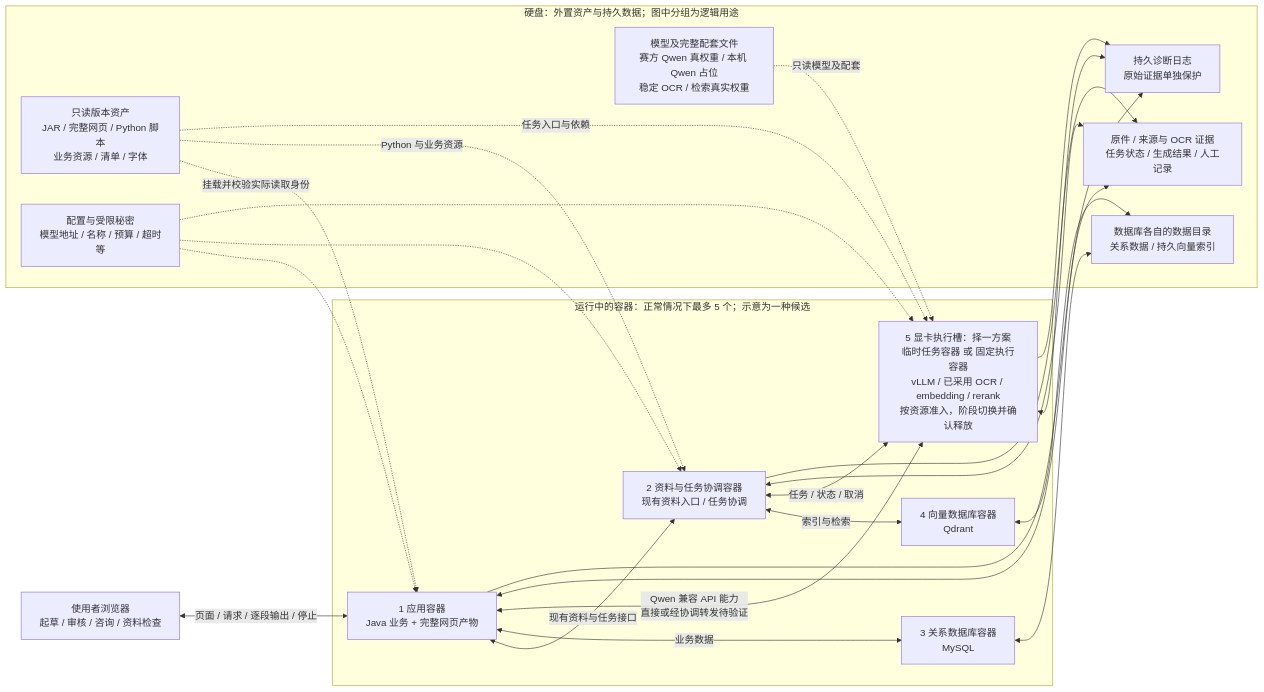
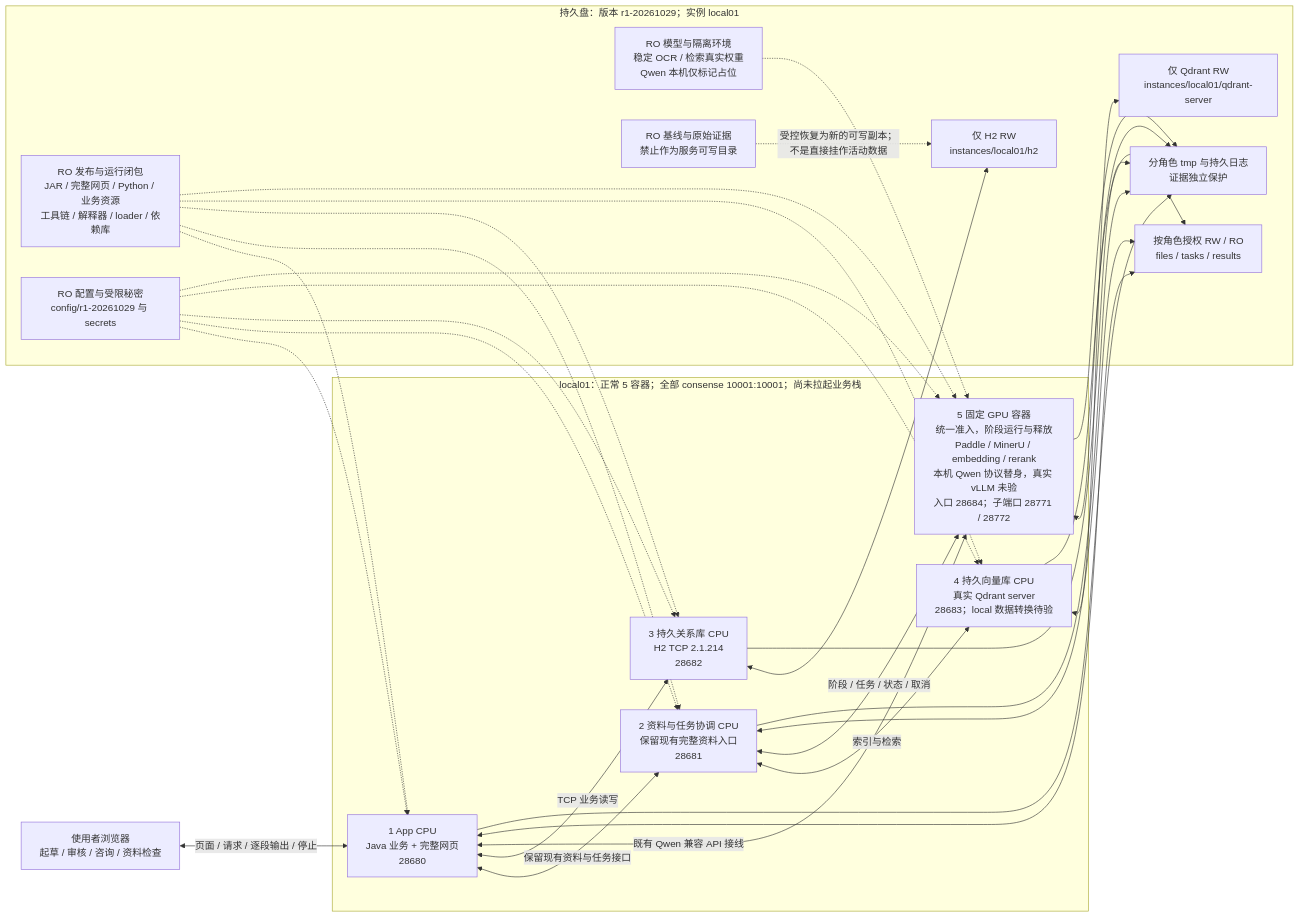
The diagram in ai_consense_service/docs/specs/competition-container-target-architecture-20261029.md (Dying-Ember/ConSense), drawn with Mermaid before and after one commit. The commit also changed other lines of this file and 6 other files, not shown here.

````diff
--- a/ai_consense_service/docs/specs/competition-container-target-architecture-20261029.md
+++ b/ai_consense_service/docs/specs/competition-container-target-architecture-20261029.md
@@ -9,40 +9,49 @@
 ```mermaid
 flowchart LR
     U["使用者浏览器<br/>起草 / 审核 / 咨询 / 资料检查"]
-    subgraph C["运行中的容器：正常情况下最多 5 个；示意为一种候选"]
-        A["1 应用容器<br/>Java 业务 + 完整网页产物"]
-        O["2 资料与任务协调容器<br/>现有资料入口 / 任务协调"]
-        M["3 关系数据库容器<br/>MySQL"]
-        Q["4 向量数据库容器<br/>Qdrant"]
-        G["5 显卡执行槽：择一方案<br/>临时任务容器 或 固定执行容器<br/>vLLM / 已采用 OCR / embedding / rerank<br/>按资源准入，阶段切换并确认释放"]
+    subgraph C["local01：正常 5 容器；全部 consense 10001:10001；尚未拉起业务栈"]
+        A["1 App CPU<br/>Java 业务 + 完整网页<br/>28680"]
+        O["2 资料与任务协调 CPU<br/>保留现有完整资料入口<br/>28681"]
+        H["3 持久关系库 CPU<br/>H2 TCP 2.1.214<br/>28682"]
+        Q["4 持久向量库 CPU<br/>真实 Qdrant server<br/>28683；local 数据转换待验"]
+        G["5 固定 GPU 容器<br/>统一准入，阶段运行与释放<br/>Paddle / MinerU / embedding / rerank<br/>本机 Qwen 协议替身，真实 vLLM 未验<br/>入口 28684；子端口 28771 / 28772"]
     end
-    subgraph D["硬盘：外置资产与持久数据；图中分组为逻辑用途"]
-        R["只读版本资产<br/>JAR / 完整网页 / Python 脚本<br/>业务资源 / 清单 / 字体"]
-        CF["配置与受限秘密<br/>模型地址 / 名称 / 预算 / 超时等"]
-        W["模型及完整配套文件<br/>赛方 Qwen 真权重 / 本机 Qwen 占位<br/>稳定 OCR / 检索真实权重"]
-        DB["数据库各自的数据目录<br/>关系数据 / 持久向量索引"]
-        F["原件 / 来源与 OCR 证据<br/>任务状态 / 生成结果 / 人工记录"]
-        L["持久诊断日志<br/>原始证据单独保护"]
+    subgraph D["持久盘：版本 r1-20261029；实例 local01"]
+        R["RO 发布与运行闭包<br/>JAR / 完整网页 / Python / 业务资源<br/>工具链 / 解释器 / loader / 依赖库"]
+        CF["RO 配置与受限秘密<br/>config/r1-20261029 与 secrets"]
+        W["RO 模型与隔离环境<br/>稳定 OCR / 检索真实权重<br/>Qwen 本机仅标记占位"]
+        HD["仅 H2 RW<br/>instances/local01/h2"]
+        QD["仅 Qdrant RW<br/>instances/local01/qdrant-server"]
+        F["按角色授权 RW / RO<br/>files / tasks / results"]
+        L["分角色 tmp 与持久日志<br/>证据独立保护"]
+        B["RO 基线与原始证据<br/>禁止作为服务可写目录"]
     end
     U <-->|"页面 / 请求 / 逐段输出 / 停止"| A
-    A <-->|"现有资料与任务接口"| O
-    A <-->|"业务数据"| M
+    A <-->|"保留现有资料与任务接口"| O
+    A <-->|"TCP 业务读写"| H
     O <-->|"索引与检索"| Q
-    O <-->|"任务 / 状态 / 取消"| G
-    A <-->|"Qwen 兼容 API 能力<br/>直接或经协调转发待验证"| G
-    R -.->|"挂载并校验实际读取身份"| A
-    R -.->|"Python 与业务资源"| O
-    R -.->|"任务入口与依赖"| G
+    O <-->|"阶段 / 任务 / 状态 / 取消"| G
+    A <-->|"既有 Qwen 兼容 API 接线"| G
+    R -.-> A
+    R -.-> O
+    R -.-> H
+    R -.-> Q
+    R -.-> G
     CF -.-> A
     CF -.-> O
+    CF -.-> H
+    CF -.-> Q
     CF -.-> G
-    W -.->|"只读模型及配套"| G
-    M <--> DB
-    Q <--> DB
+    W -.-> G
+    H <--> HD
+    Q <--> QD
     A <--> F
     O <--> F
     G <--> F
     A --> L
     O --> L
+    H --> L
+    Q --> L
     G --> L
+    B -.->|"受控恢复为新的可写副本；不是直接挂作活动数据"| HD
 ```
````
